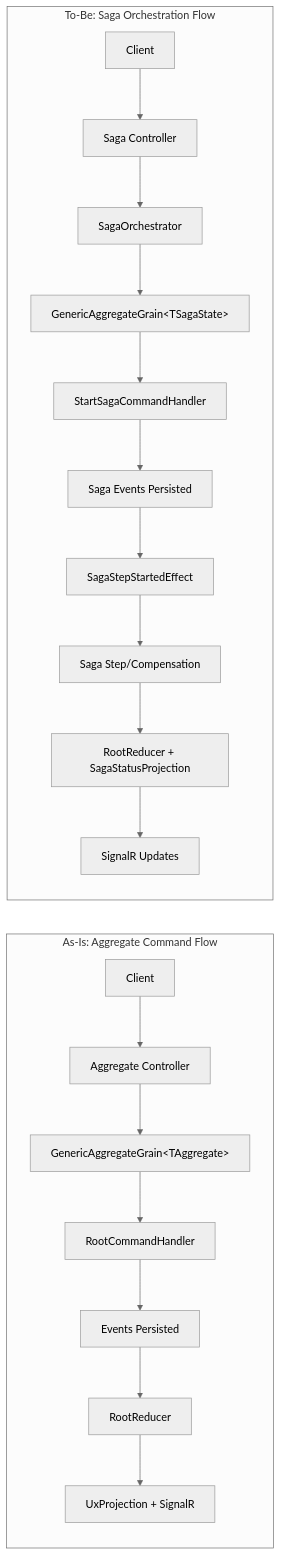
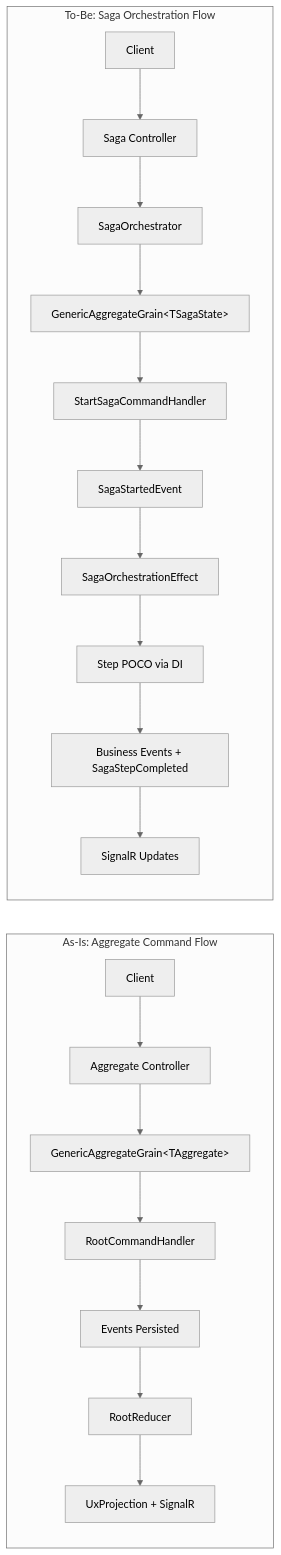
Before and after one commit to Gibbs-Morris/mississippi: the first of 2 diagrams in spec/server-side-saga-orchestration/rfc.md, drawn with Mermaid (neutral theme). The commit also changed other lines of this file and 5 other files, not shown here.

First line of the commit message:
spec(server-side-saga-orchestration): align all spec files with SagaOrchestrationEffect design

````diff
--- a/spec/server-side-saga-orchestration/rfc.md
+++ b/spec/server-side-saga-orchestration/rfc.md
@@ -40,23 +72,23 @@
 ```mermaid
 flowchart LR
 	subgraph AsIs[As-Is: Aggregate Command Flow]
 		A1[Client] --> A2[Aggregate Controller]
 		A2 --> A3[GenericAggregateGrain&lt;TAggregate&gt;]
 		A3 --> A4[RootCommandHandler]
 		A4 --> A5[Events Persisted]
 		A5 --> A6[RootReducer]
 		A6 --> A7[UxProjection + SignalR]
 	end
 
 	subgraph ToBe[To-Be: Saga Orchestration Flow]
 		B1[Client] --> B2[Saga Controller]
 		B2 --> B3[SagaOrchestrator]
 		B3 --> B4[GenericAggregateGrain&lt;TSagaState&gt;]
 		B4 --> B5[StartSagaCommandHandler]
-		B5 --> B6[Saga Events Persisted]
-		B6 --> B7[SagaStepStartedEffect]
-		B7 --> B8[Saga Step/Compensation]
-		B8 --> B9[RootReducer + SagaStatusProjection]
+		B5 --> B6[SagaStartedEvent]
+		B6 --> B7[SagaOrchestrationEffect]
+		B7 --> B8[Step POCO via DI]
+		B8 --> B9[Business Events + SagaStepCompleted]
 		B9 --> B10[SignalR Updates]
 	end
 ```
````
